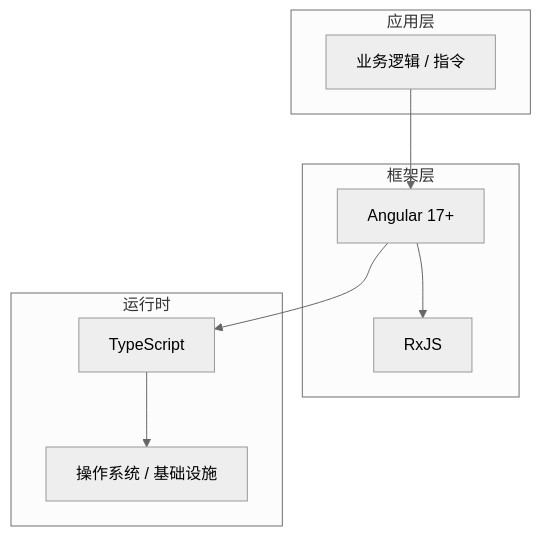
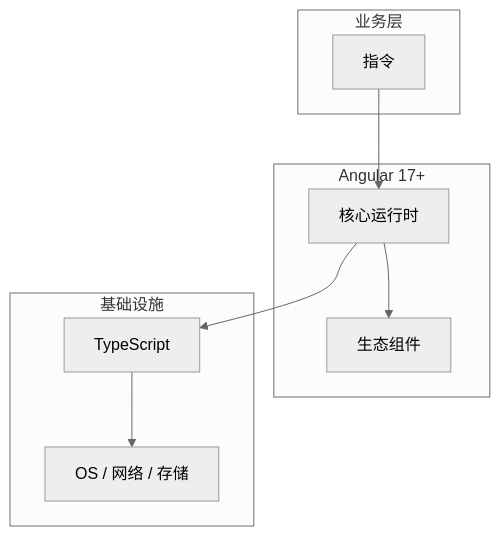
The diagram in articles/Angular/chapters/025-指令核心概念与原理.md (yanggan2015/knowledge-json-v2), drawn with Mermaid (neutral theme) before and after one commit. The commit also changed other lines of this file and 10127 other files, not shown here.

````diff
--- a/articles/Angular/chapters/025-指令核心概念与原理.md
+++ b/articles/Angular/chapters/025-指令核心概念与原理.md
@@ -45,18 +34,18 @@
 ```mermaid
 graph TB
-    subgraph 应用层
-        A[业务逻辑 / 指令]
+    subgraph 业务层
+        A[指令]
     end
-    subgraph 框架层
-        B[Angular 17+]
-        C[RxJS]
+    subgraph Angular 17+
+        B[核心运行时]
+        C[生态组件]
     end
-    subgraph 运行时
+    subgraph 基础设施
         D[TypeScript]
-        E[操作系统 / 基础设施]
+        E[OS / 网络 / 存储]
     end
     A --> B
     B --> C
     B --> D
     D --> E
 ```
````
